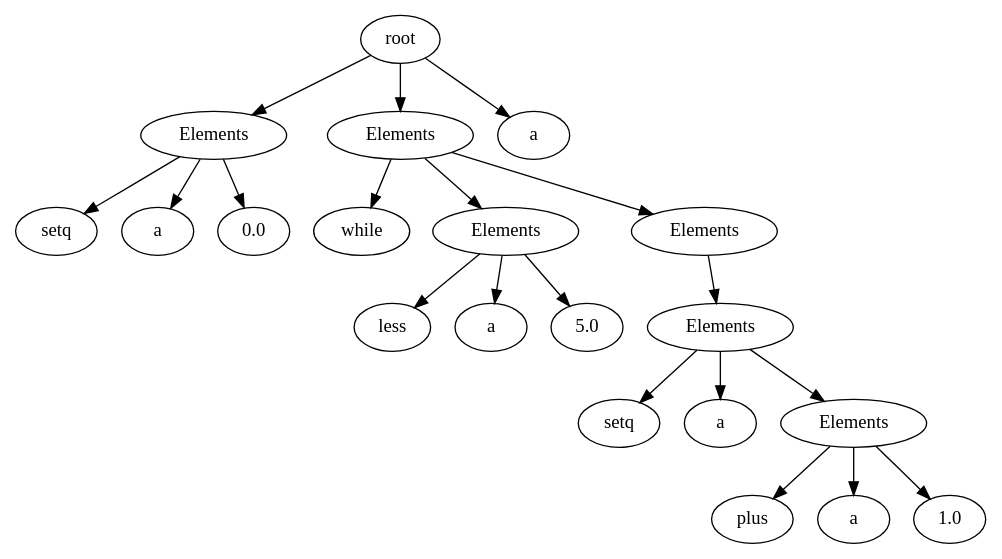
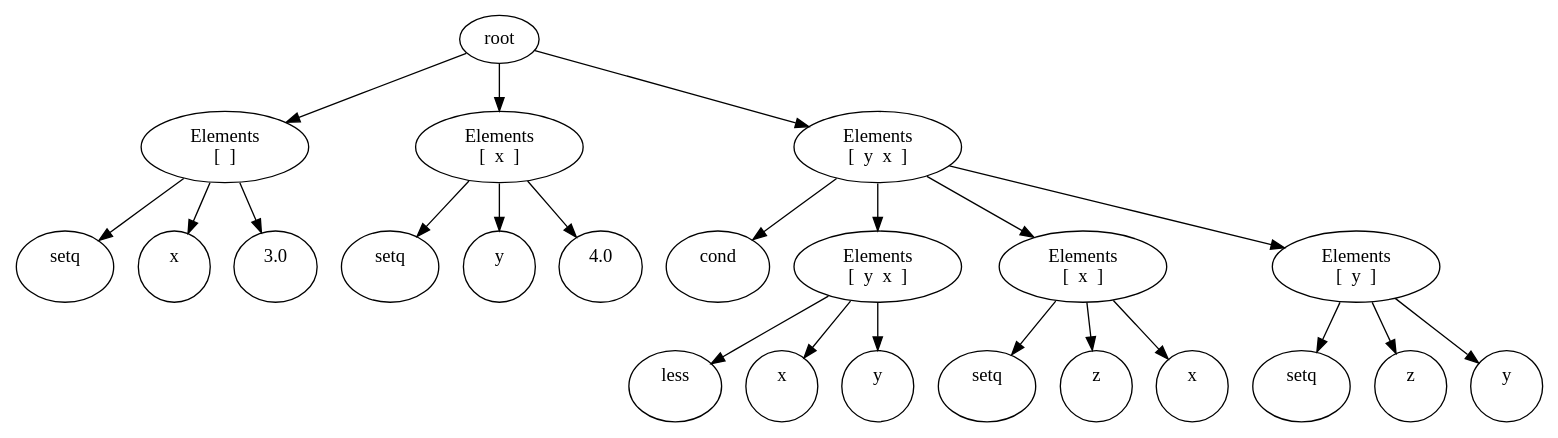
Before and after one commit to KarinaTyulebaeva/F-Language: the diagram in src/visualization/output.dot, drawn with Graphviz. The commit also changed 6 other files, not shown here.

```diff
--- a/src/visualization/output.dot
+++ b/src/visualization/output.dot
@@ -1,1 +1,23 @@
-digraph G{0[label="root"];1[label="Elements"];0->1;2[label="Elements"];0->2;3[label="a"];0->3;4[label="setq"];1->4;5[label="a"];1->5;6[label="0.0"];1->6;7[label="while"];2->7;8[label="Elements"];2->8;9[label="Elements"];2->9;10[label="less"];8->10;11[label="a"];8->11;12[label="5.0"];8->12;13[label="Elements"];9->13;14[label="setq"];13->14;15[label="a"];13->15;16[label="Elements"];13->16;17[label="plus"];16->17;18[label="a"];16->18;19[label="1.0"];16->19;}
+digraph G{0[label="root"];1[label="Elements 
+ [  ] "];0->1;2[label="Elements 
+ [  x  ] "];0->2;3[label="Elements 
+ [  y  x  ] "];0->3;4[label="setq 
+  "];1->4;5[label="x 
+  "];1->5;6[label="3.0 
+  "];1->6;7[label="setq 
+  "];2->7;8[label="y 
+  "];2->8;9[label="4.0 
+  "];2->9;10[label="cond 
+  "];3->10;11[label="Elements 
+ [  y  x  ] "];3->11;12[label="Elements 
+ [  x  ] "];3->12;13[label="Elements 
+ [  y  ] "];3->13;14[label="less 
+  "];11->14;15[label="x 
+  "];11->15;16[label="y 
+  "];11->16;17[label="setq 
+  "];12->17;18[label="z 
+  "];12->18;19[label="x 
+  "];12->19;20[label="setq 
+  "];13->20;21[label="z 
+  "];13->21;22[label="y 
+  "];13->22;}
```
